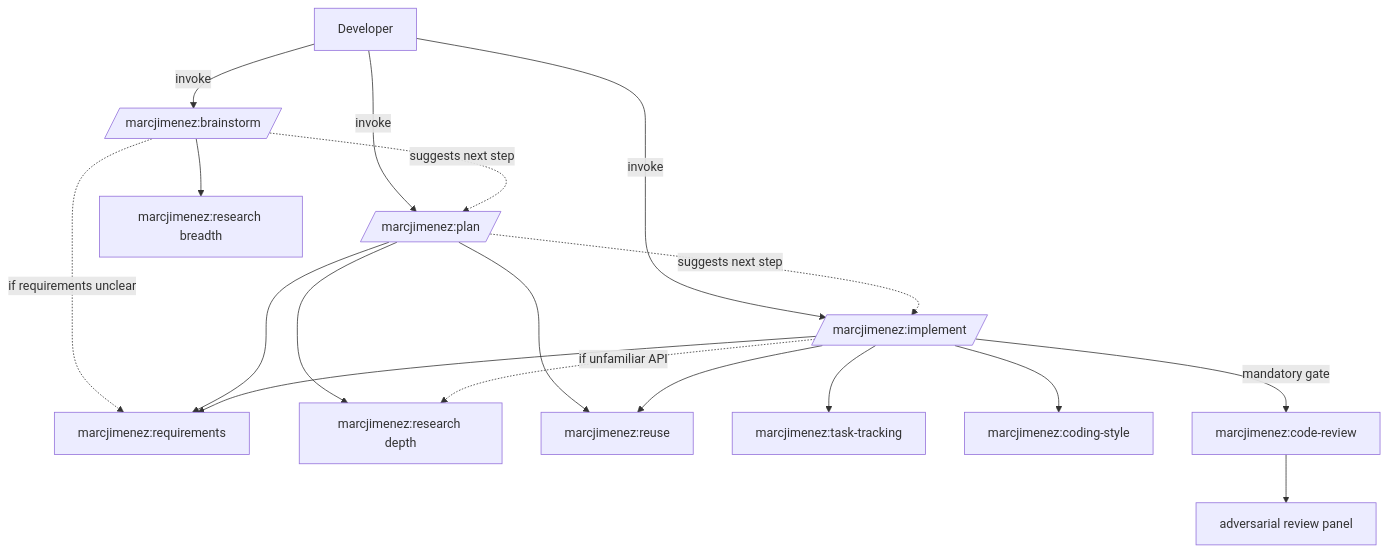
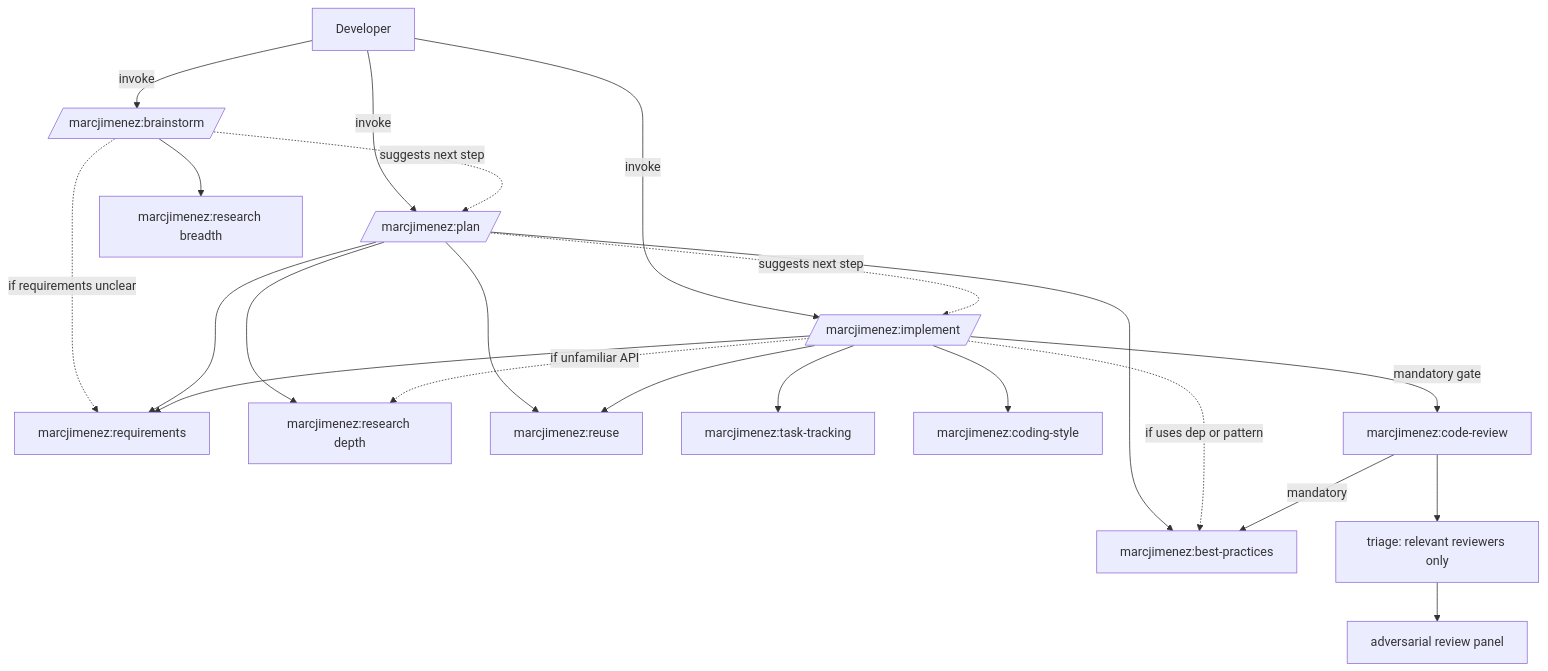
Before and after one commit to marcjimenez/skills: the diagram in README.md, drawn with Mermaid. The commit also changed other lines of this file and 7 other files, not shown here.

First line of the commit message:
feat: adaptive code review + best-practices audit skill

````diff
--- a/README.md
+++ b/README.md
@@ -41,20 +43,24 @@
 ```mermaid
 flowchart TD
     U[Developer] -->|invoke| BR[/marcjimenez:brainstorm/]
     U -->|invoke| PL[/marcjimenez:plan/]
     U -->|invoke| IM[/marcjimenez:implement/]
     BR --> RS[marcjimenez:research breadth]
     BR -.if requirements unclear.-> RQ
     BR -.suggests next step.-> PL
     PL --> RQ[marcjimenez:requirements]
     PL --> RSD[marcjimenez:research depth]
     PL --> RU[marcjimenez:reuse]
+    PL --> BP[marcjimenez:best-practices]
     PL -.suggests next step.-> IM
     IM --> RQ
     IM --> TT[marcjimenez:task-tracking]
     IM --> RU
     IM --> CS[marcjimenez:coding-style]
     IM -.if unfamiliar API.-> RSD
+    IM -.if uses dep or pattern.-> BP
     IM -->|mandatory gate| CR[marcjimenez:code-review]
-    CR --> REV[adversarial review panel]
+    CR --> TRI[triage: relevant reviewers only]
+    CR -->|mandatory| BP
+    TRI --> REV[adversarial review panel]
 ```
````
